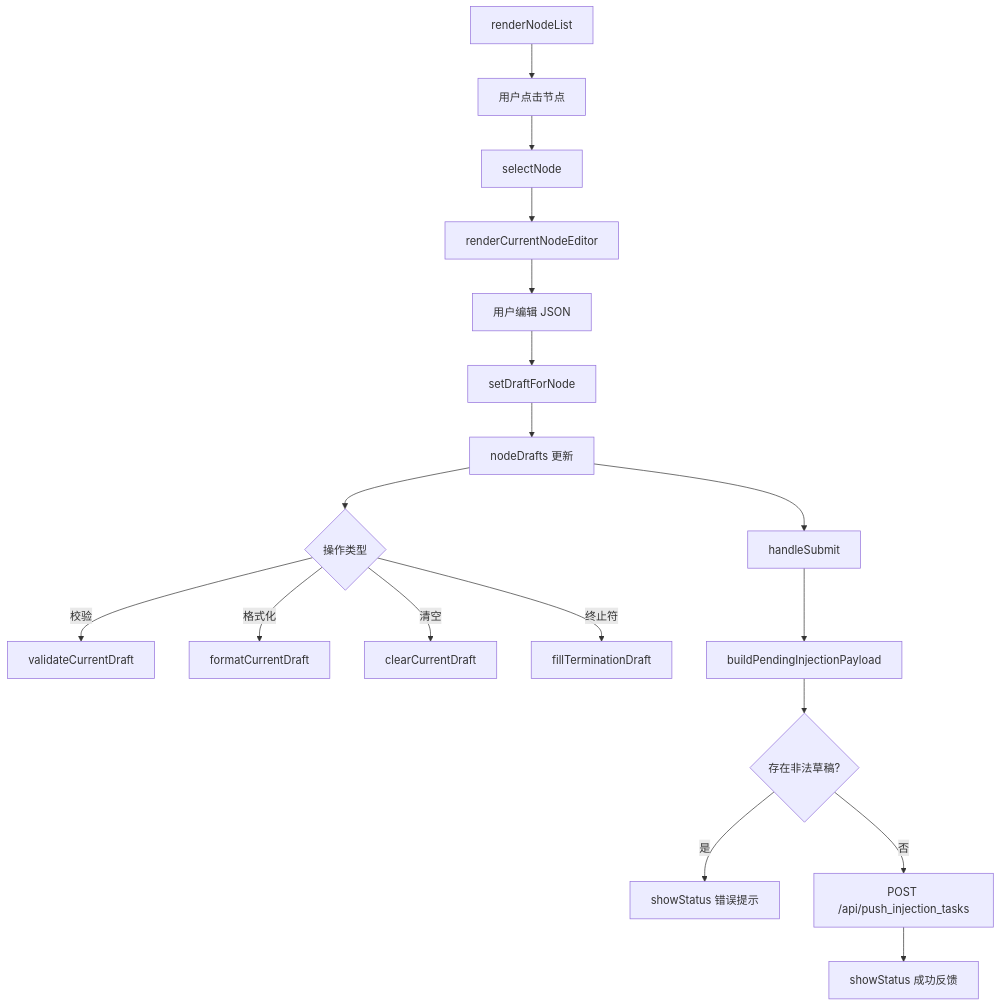
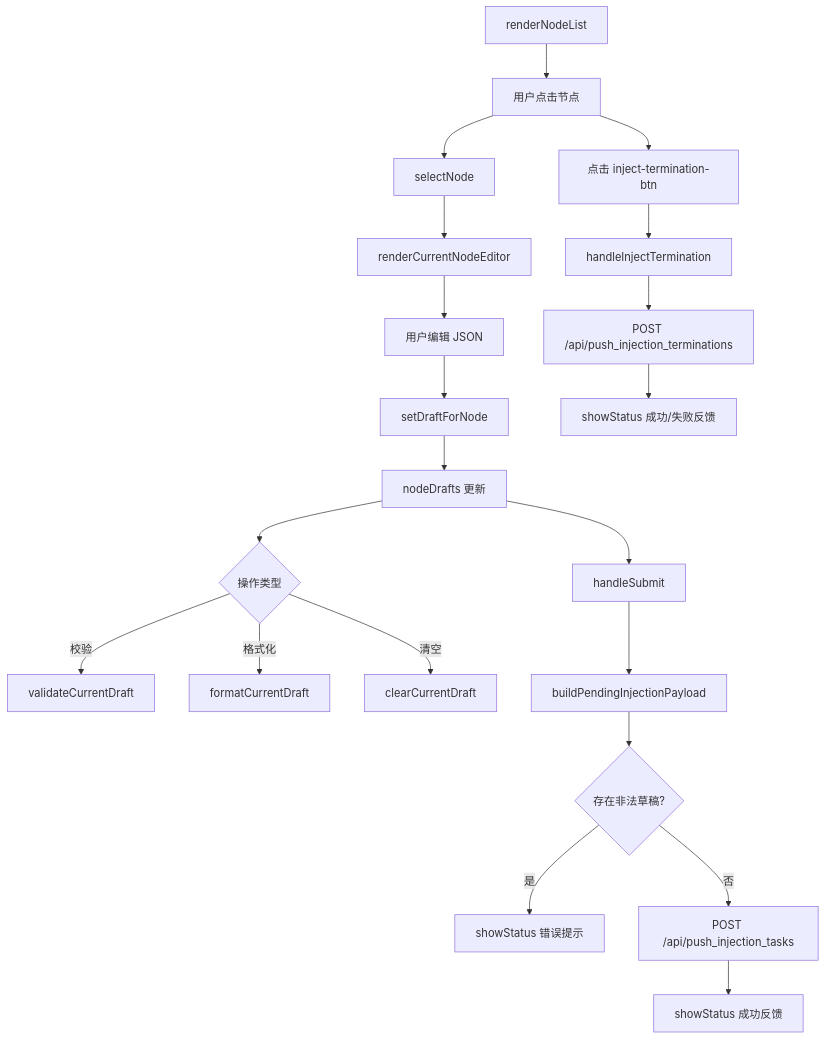
One commit to Mr-xiaotian/celestialflow-web changed the diagram in docs/zh-CN/src/static/ts/injection.md. Above: the diagram before and after it, drawn with Mermaid. The commit also changed other lines of this file and 17 other files, not shown here.

````diff
--- a/docs/zh-CN/src/static/ts/injection.md
+++ b/docs/zh-CN/src/static/ts/injection.md
@@ -183,22 +191,26 @@
 ```mermaid
 flowchart TD
     A[renderNodeList] --> B[用户点击节点]
     B --> C[selectNode]
     C --> D[renderCurrentNodeEditor]
     D --> E[用户编辑 JSON]
     E --> F[setDraftForNode]
     F --> G[nodeDrafts 更新]
 
     G --> H{操作类型}
     H -->|校验| I[validateCurrentDraft]
     H -->|格式化| J[formatCurrentDraft]
     H -->|清空| K[clearCurrentDraft]
-    H -->|终止符| L[fillTerminationDraft]
 
     G --> M[handleSubmit]
     M --> N[buildPendingInjectionPayload]
     N --> O{存在非法草稿?}
     O -->|是| P[showStatus 错误提示]
     O -->|否| Q[POST /api/push_injection_tasks]
     Q --> R[showStatus 成功反馈]
+
+    B --> T[点击 inject-termination-btn]
+    T --> U[handleInjectTermination]
+    U --> V[POST /api/push_injection_terminations]
+    V --> W[showStatus 成功/失败反馈]
 ```
````
